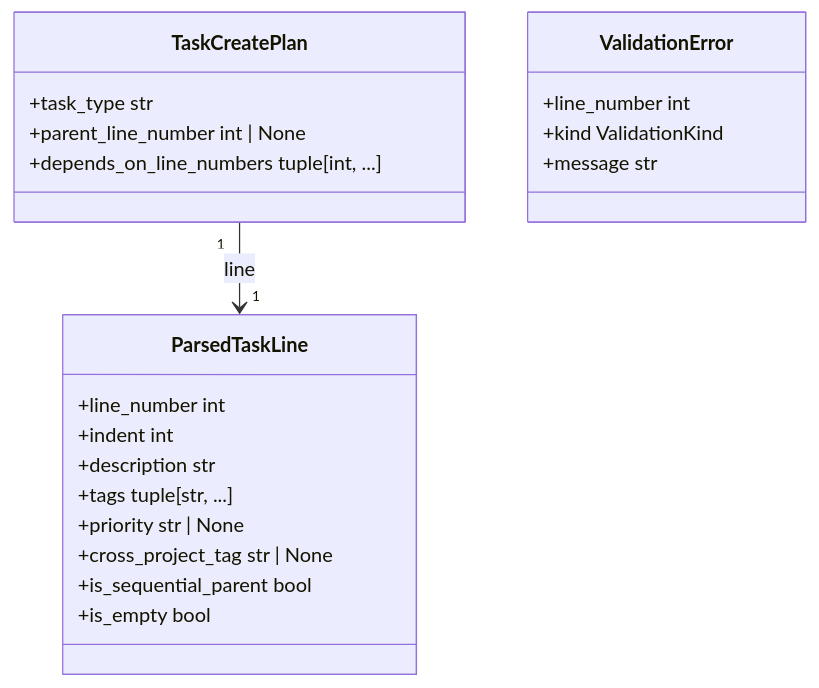
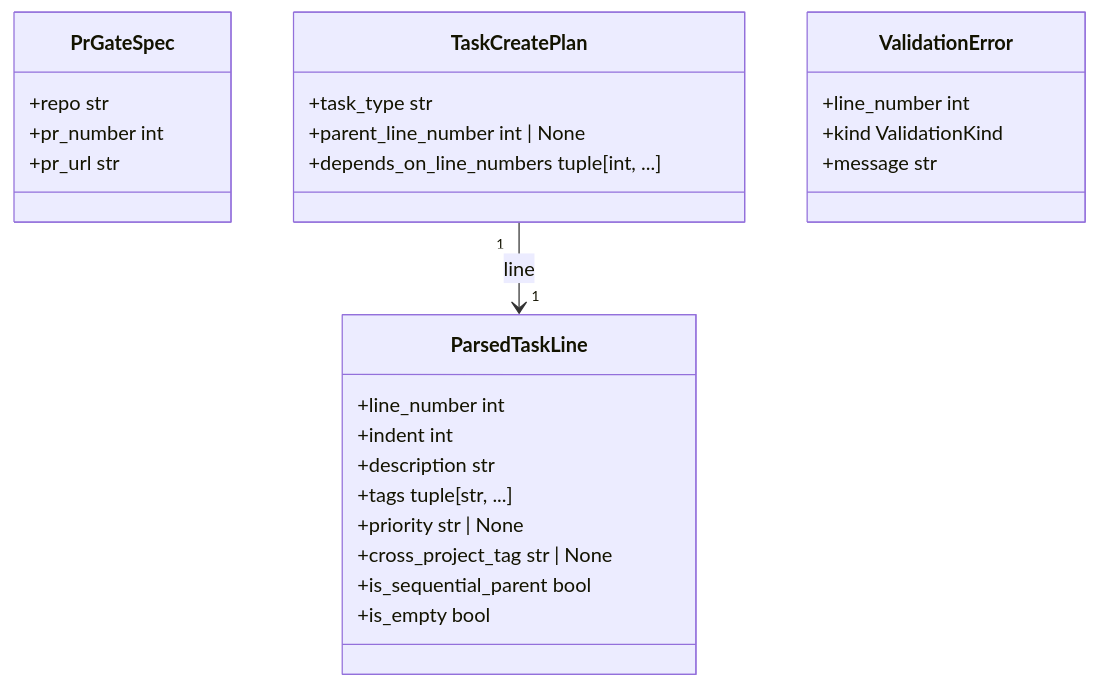
Before and after one commit to agent-lore/lithos-loom: the third of 3 diagrams in docs/generated/domain_model.md, drawn with Mermaid. The commit also changed 23 other files, not shown here.

````diff
--- a/docs/generated/domain_model.md
+++ b/docs/generated/domain_model.md
@@ -83,24 +83,29 @@
 ```mermaid
 classDiagram
   class ParsedTaskLine {
     +line_number int
     +indent int
     +description str
     +tags tuple[str, ...]
     +priority str | None
     +cross_project_tag str | None
     +is_sequential_parent bool
     +is_empty bool
+  }
+  class PrGateSpec {
+    +repo str
+    +pr_number int
+    +pr_url str
   }
   class TaskCreatePlan {
     +task_type str
     +parent_line_number int | None
     +depends_on_line_numbers tuple[int, ...]
   }
   class ValidationError {
     +line_number int
     +kind ValidationKind
     +message str
   }
   TaskCreatePlan "1" --> "1" ParsedTaskLine : line
 ```
````
